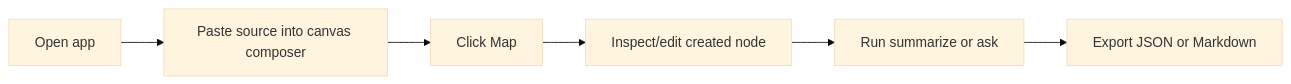
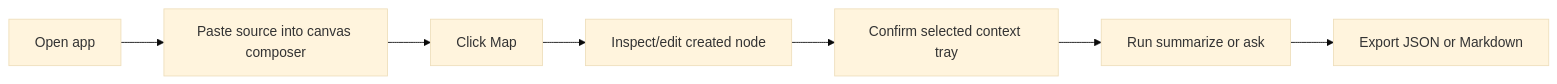
One commit to frankxai/starlight-agent-canvas changed the first of 2 diagrams in docs/user-flows.md. Above: the diagram before and after it, drawn with Mermaid (base theme). The commit also changed other lines of this file and 21 other files, not shown here.

````diff
--- a/docs/user-flows.md
+++ b/docs/user-flows.md
@@ -5,8 +5,9 @@
 ```mermaid
 flowchart LR
   open["Open app"] --> paste["Paste source into canvas composer"]
   paste --> map["Click Map"]
   map --> inspect["Inspect/edit created node"]
-  inspect --> action["Run summarize or ask"]
+  inspect --> scope["Confirm selected context tray"]
+  scope --> action["Run summarize or ask"]
   action --> export["Export JSON or Markdown"]
 ```
````
